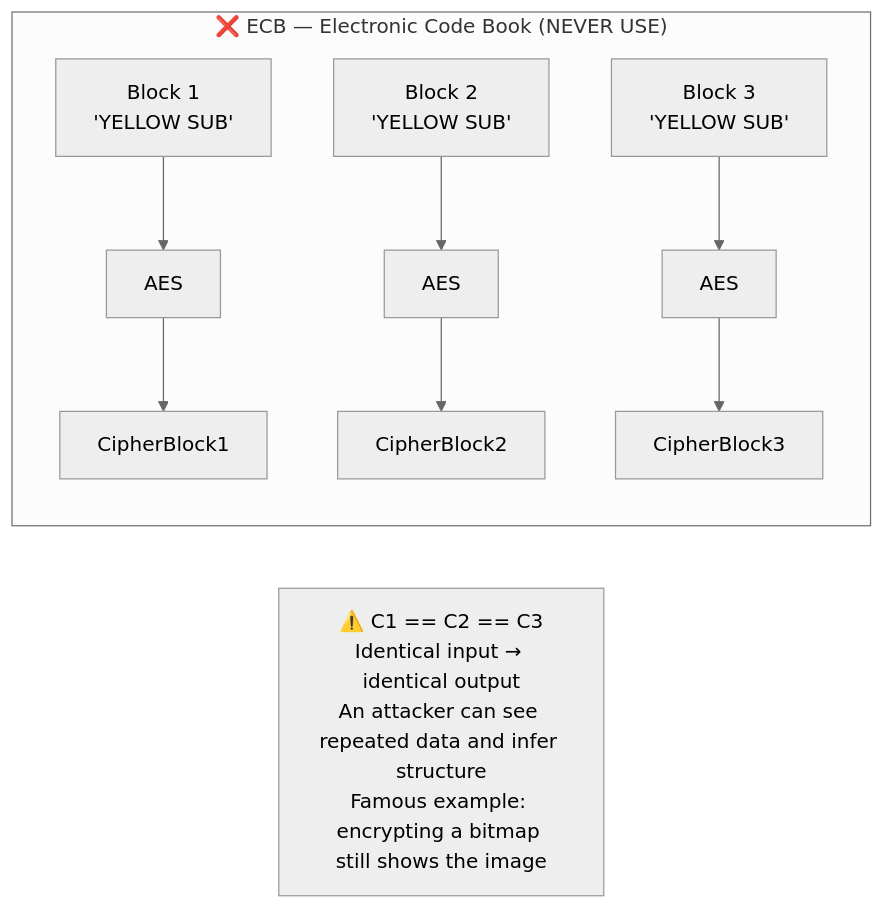
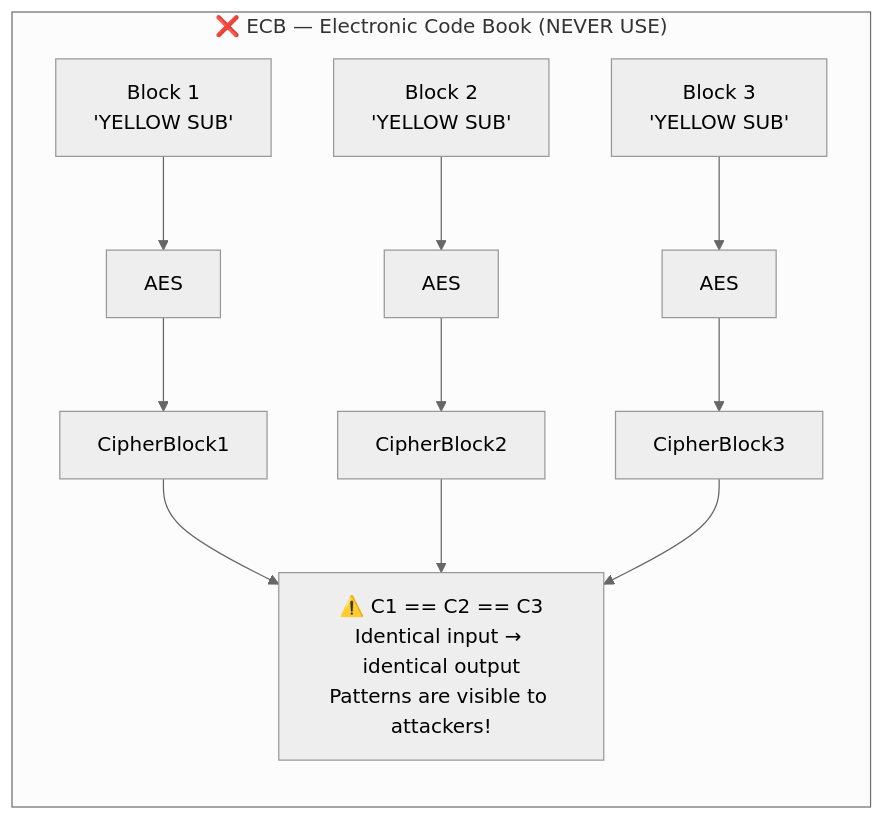
One commit to csoares/SecurityJava changed the first of 4 diagrams in src/main/java/security/encryption/modes/README.md. Above: the diagram before and after it, drawn with Mermaid (neutral theme). The commit also changed other lines of this file and 23 other files, not shown here.

Commit message:
Refine README diagrams and descriptions for clarity and accuracy

````diff
--- a/src/main/java/security/encryption/modes/README.md
+++ b/src/main/java/security/encryption/modes/README.md
@@ -16,9 +16,9 @@
 ```mermaid
 flowchart LR
     subgraph ECB ["❌ ECB — Electronic Code Book  (NEVER USE)"]
-        P1["Block 1\n'YELLOW SUB'"] --> AES1["AES"] --> C1["CipherBlock1"]
-        P2["Block 2\n'YELLOW SUB'"] --> AES2["AES"] --> C2["CipherBlock2"]
-        P3["Block 3\n'YELLOW SUB'"] --> AES3["AES"] --> C3["CipherBlock3"]
+        P1["Block 1<br/>'YELLOW SUB'"] --> AES1["AES"] --> C1["CipherBlock1"]
+        P2["Block 2<br/>'YELLOW SUB'"] --> AES2["AES"] --> C2["CipherBlock2"]
+        P3["Block 3<br/>'YELLOW SUB'"] --> AES3["AES"] --> C3["CipherBlock3"]
+        C1 & C2 & C3 --> PROB["⚠️ C1 == C2 == C3<br/>Identical input → identical output<br/>Patterns are visible to attackers!"]
     end
-    PROB["⚠️ C1 == C2 == C3\nIdentical input → identical output\nAn attacker can see repeated data and infer structure\nFamous example: encrypting a bitmap still shows the image"]
 ```
````
